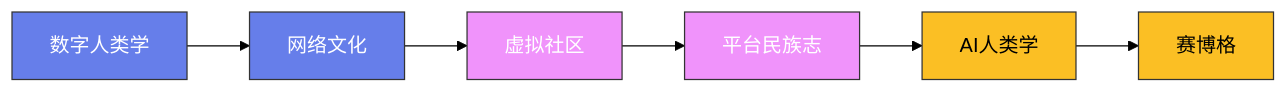
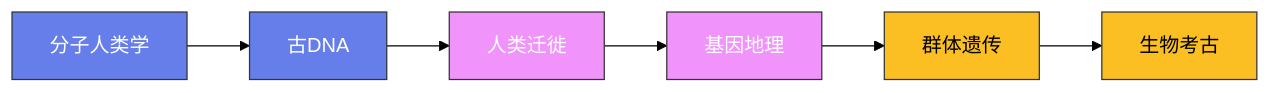
The diagram in content/posts/ModelCreate/人类学/19-人类学的危机与反思.md (Fengur/Fengur.github.io), drawn with Mermaid (forest theme) before and after one commit. The commit also changed other lines of this file and 118 other files, not shown here.

````diff
--- a/content/posts/ModelCreate/人类学/19-人类学的危机与反思.md
+++ b/content/posts/ModelCreate/人类学/19-人类学的危机与反思.md
@@ -21,16 +20,16 @@
 ```mermaid
 graph LR
-    A["数字人类学"] --> B["网络文化"]
-    B --> C["虚拟社区"]
-    C --> D["平台民族志"]
-    D --> E["AI人类学"]
-    E --> F["赛博格"]
+    A["分子人类学"] --> B["古DNA"]
+    B --> C["人类迁徙"]
+    C --> D["基因地理"]
+    D --> E["群体遗传"]
+    E --> F["生物考古"]
 
     classDef early fill:#667eea,stroke:#333,color:white
     classDef mid fill:#f093fb,stroke:#333,color:white
     classDef modern fill:#fbbf24,stroke:#333,color:black
 
     class A,B early
     class C,D mid
     class E,F modern
 ```
````
